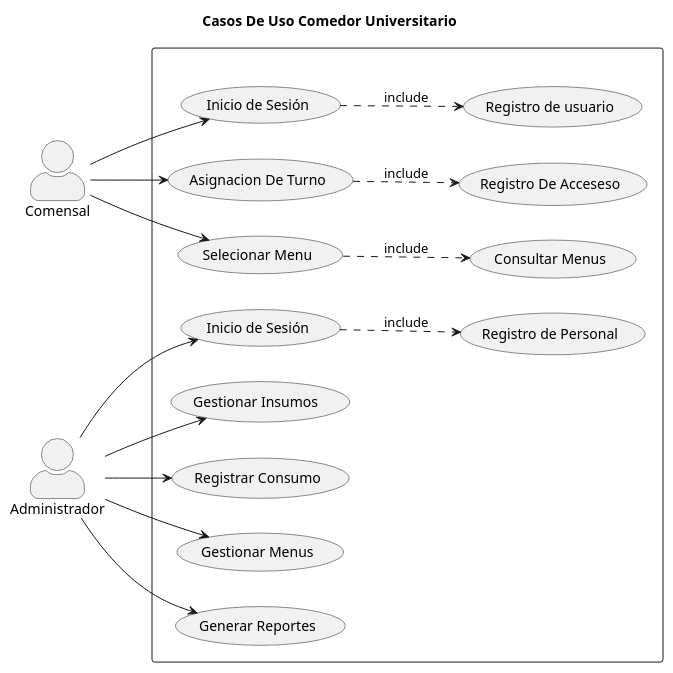
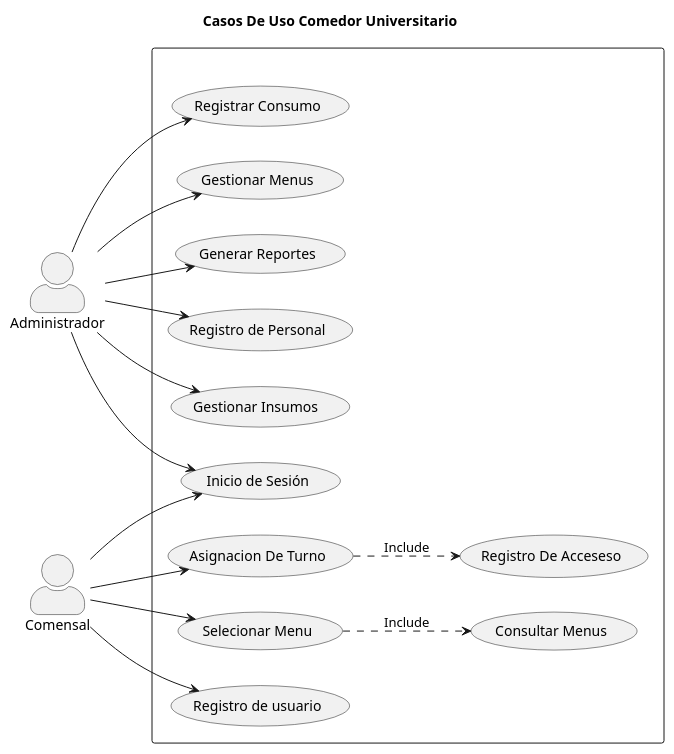
One commit to luisangelaraujo/IS-PROJECT changed the diagram in docs/Requisitos/DiagramaCasosDeUso.puml. Above: the diagram before and after it, drawn with PlantUML. The commit also changed 2 other files, not shown here.

Commit message:
Se actualizó el diagrama de casos de uso para simplificar los nombres de los casos y se añadieron nuevos diagramas de estado para los módulos Administrador y Usuario.

```diff
--- a/docs/Requisitos/DiagramaCasosDeUso.puml
+++ b/docs/Requisitos/DiagramaCasosDeUso.puml
@@ -1,45 +1,45 @@
 @startuml DiagramaDeCasosDeUso
 
 title Casos De Uso Comedor Universitario
 skinparam actorStyle awesome
 left to right direction
 
 actor Comensal
 actor Administrador
 
 
 rectangle " "{
 
-    usecase (Inicio de Sesión) as inicio_comensal
+    usecase (Inicio de Sesión) as inicio
+
     usecase (Registro de usuario) as registro_usuario
     usecase (Registro De Acceseso) as registro_acceso
     usecase (Asignacion De Turno) as asignacion
     usecase (Consultar Menus) as menus_consultar
     usecase (Selecionar Menu) as menus_selecionar
 
-    usecase (Inicio de Sesión) as inicio_personal
+   
     usecase (Gestionar Insumos ) as insumos
     usecase (Registrar Consumo) as consumo
     usecase (Gestionar Menus) as gestion 
     usecase (Generar Reportes) as reporte
     usecase (Registro de Personal) as registro_personal
 
 }
 
-Comensal --> inicio_comensal
+Comensal --> inicio
+Comensal --> registro_usuario
 Comensal --> asignacion
 Comensal --> menus_selecionar
 
-inicio_comensal ..> registro_usuario : include
-inicio_personal ..> registro_personal : include 
-menus_selecionar ..> menus_consultar : include
-asignacion ..>  registro_acceso : include
+menus_selecionar ..> menus_consultar : Include
+asignacion ..>  registro_acceso : Include
 
-Administrador  --> inicio_personal
+Administrador -r-> inicio
+Administrador  --> registro_personal
 Administrador --> insumos
 Administrador --> consumo
 Administrador --> gestion
 Administrador --> reporte
 
-
 @enduml
```
